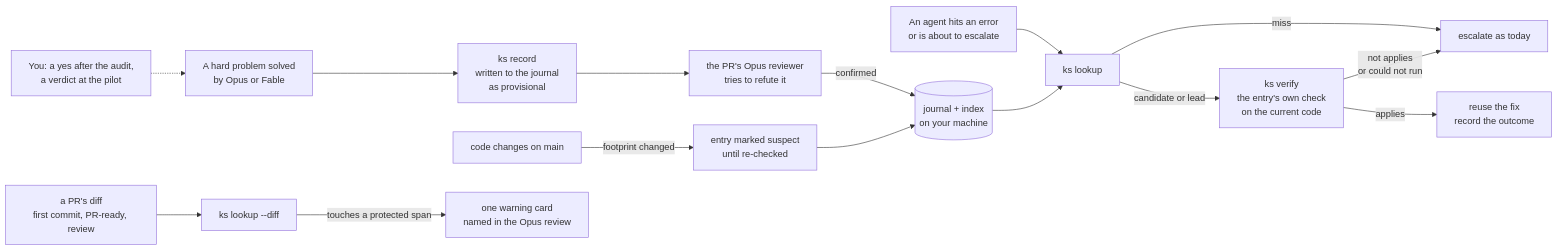
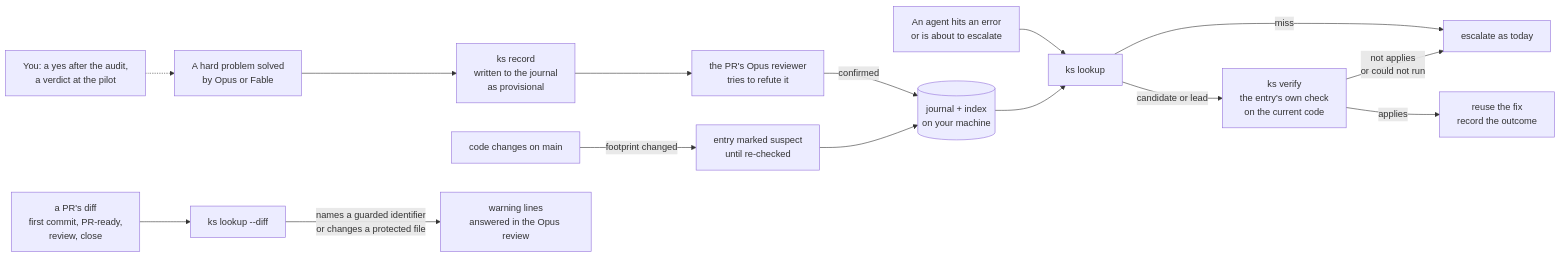
One commit to ghaaso/harness-engineering changed the diagram in docs/program/KNOWLEDGE-STORE-DESIGN-2026-11.md. Above: the diagram before and after it, drawn with Mermaid. The commit also changed other lines of this file and 20 other files, not shown here.

````diff
--- a/docs/program/KNOWLEDGE-STORE-DESIGN-2026-11.md
+++ b/docs/program/KNOWLEDGE-STORE-DESIGN-2026-11.md
@@ -15,17 +15,17 @@
 ```mermaid
 flowchart LR
   A[An agent hits an error<br/>or is about to escalate] --> B[ks lookup]
   B -->|miss| C[escalate as today]
   B -->|candidate or lead| D[ks verify<br/>the entry's own check<br/>on the current code]
   D -->|applies| E[reuse the fix<br/>record the outcome]
   D -->|not applies<br/>or could not run| C
   G[A hard problem solved<br/>by Opus or Fable] --> H[ks record<br/>written to the journal<br/>as provisional]
   H --> I[the PR's Opus reviewer<br/>tries to refute it]
   I -->|confirmed| J[(journal + index<br/>on your machine)]
   J --> B
   K[code changes on main] -->|footprint changed| L[entry marked suspect<br/>until re-checked]
   L --> J
-  M[a PR's diff<br/>first commit, PR-ready, review] --> N[ks lookup --diff]
-  N -->|touches a protected span| P[one warning card<br/>named in the Opus review]
+  M[a PR's diff<br/>first commit, PR-ready,<br/>review, close] --> N[ks lookup --diff]
+  N -->|names a guarded identifier<br/>or changes a protected file| P[warning lines<br/>answered in the Opus review]
   O[You: a yes after the audit,<br/>a verdict at the pilot] -.-> G
 ```
````
